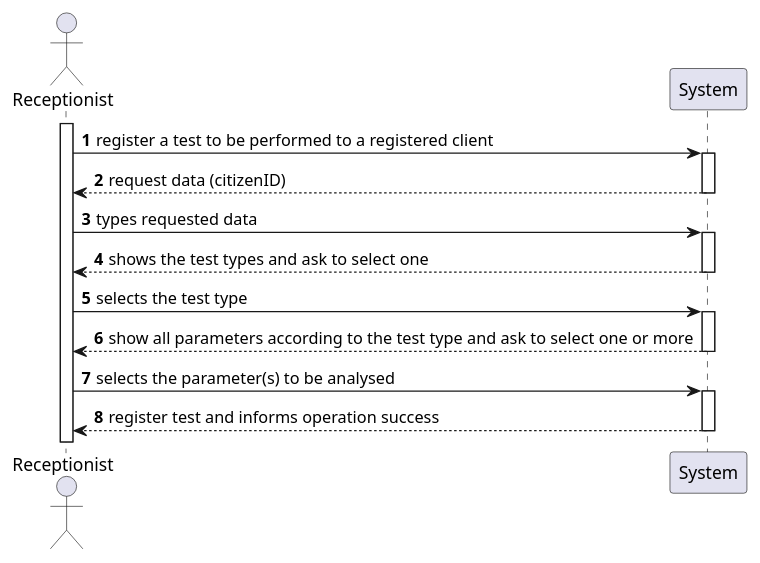
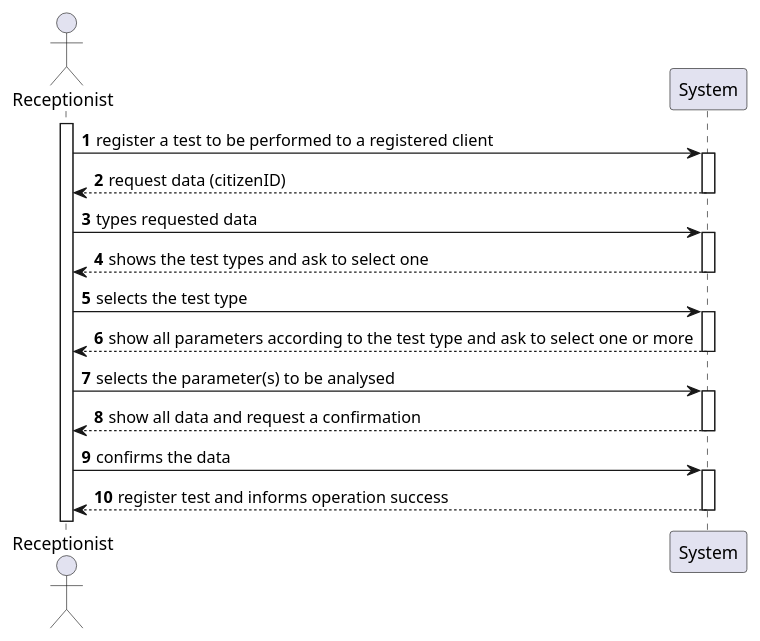
One commit to 0franciscor/lei-21-s2-1de-g19 changed the diagram in docs/SprintC/US04/US04-SSD.puml. Above: the diagram before and after it, drawn with PlantUML. The commit also changed 2 other files, not shown here.

```diff
--- a/docs/SprintC/US04/US04-SSD.puml
+++ b/docs/SprintC/US04/US04-SSD.puml
@@ -1,16 +1,18 @@
 @startuml
 'https://plantuml.com/sequence-diagram
 
 autonumber
 
 actor "Receptionist" as R
 activate R
 R -> System ++: register a test to be performed to a registered client
 System -->  R --: request data (citizenID)
 R -> System ++: types requested data
 System --> R --: shows the test types and ask to select one
 R -> System ++: selects the test type
 System --> R --: show all parameters according to the test type and ask to select one or more
 R -> System ++: selects the parameter(s) to be analysed
+System --> R --: show all data and request a confirmation
+R -> System ++: confirms the data
 System --> R --: register test and informs operation success
 @enduml
```
